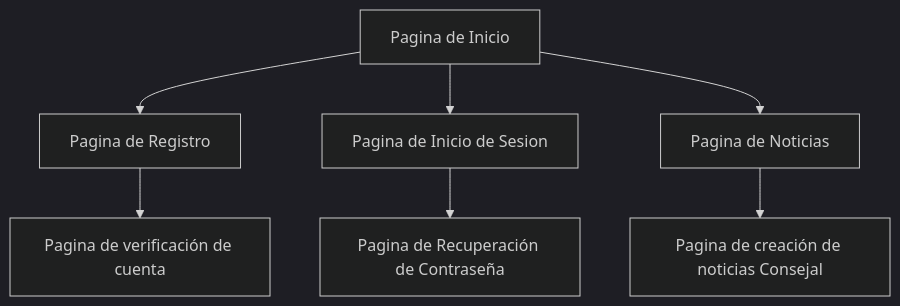
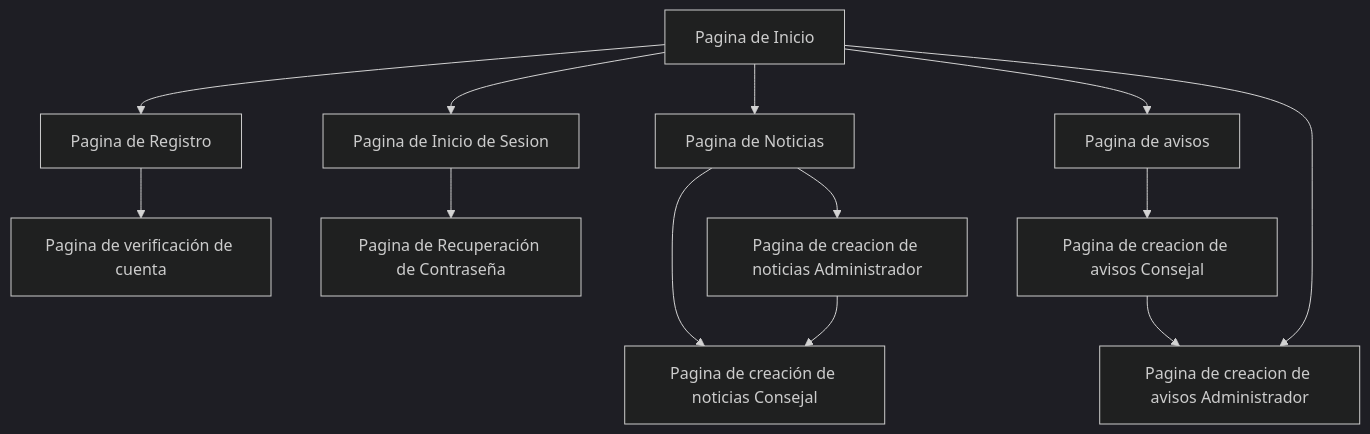
One commit to BryanMillon/Proyecto1_Grupo2 changed the diagram in Site map/Sitemap.mmd. Above: the diagram before and after it, drawn with Mermaid (dark theme).

```diff
--- a/Site map/Sitemap.mmd
+++ b/Site map/Sitemap.mmd
@@ -1,8 +1,14 @@
 graph TD;
 
 A[Pagina de Inicio] --> B[Pagina de Registro]
 B --> C[Pagina de verificación de cuenta]
 G --> I[Pagina de creación de noticias Consejal]
 A --> D[Pagina de Inicio de Sesion]
 D --> E[Pagina de Recuperación de Contraseña]
 A --> G[Pagina de Noticias]
+G --> F[Pagina de creacion de noticias Administrador]
+F --> I
+A --> J[Pagina de avisos]
+J --> K[Pagina de creacion de avisos Consejal]
+K --> L[Pagina de creacion de avisos Administrador]
+A --> L
```
